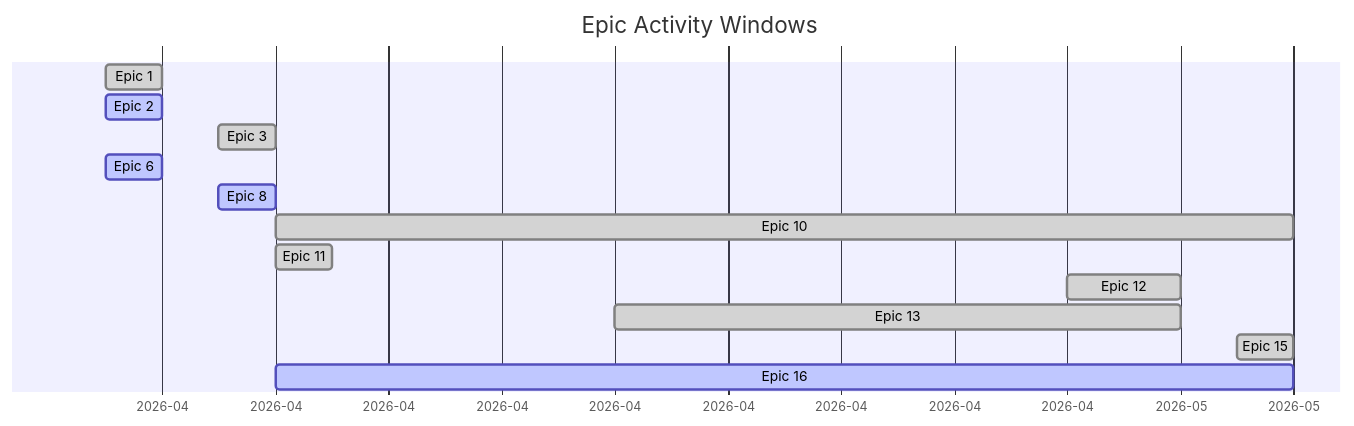
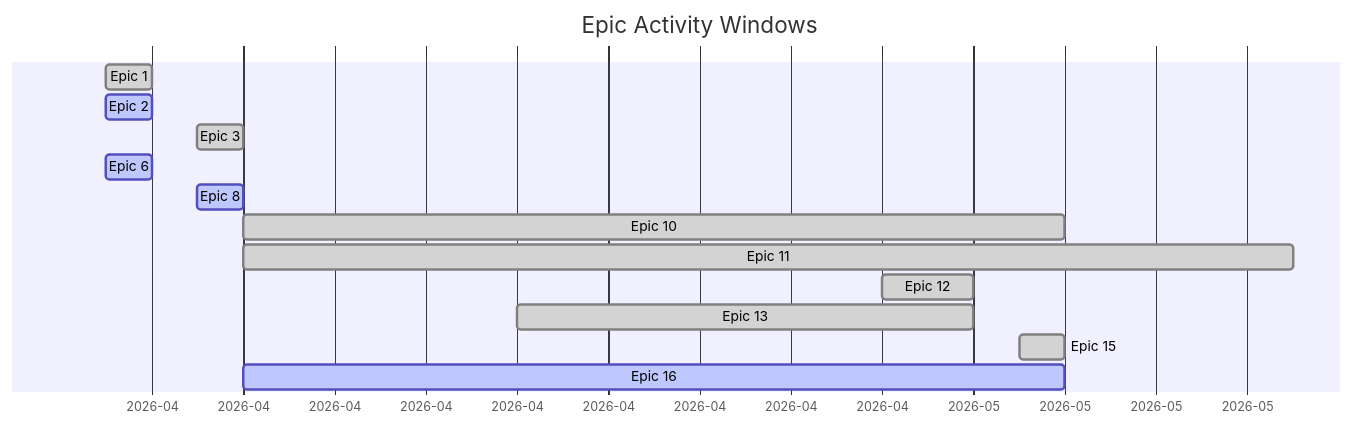
The diagram in docs/PROGRESS.md (wegofwd2020-hub/StudyBuddy_OnDemand), drawn with Mermaid before and after one commit. The commit also changed other lines of this file, not shown here.

````diff
--- a/docs/PROGRESS.md
+++ b/docs/PROGRESS.md
@@ -9,17 +9,17 @@
 ```mermaid
 gantt
     title Epic Activity Windows
     dateFormat YYYY-MM-DD
     axisFormat %Y-%m
     Epic 1  :done, e1, 2026-04-12, 2026-04-13
     Epic 2  :active, e2, 2026-04-12, 2026-04-13
     Epic 3  :done, e3, 2026-04-14, 2026-04-15
     Epic 6  :active, e6, 2026-04-12, 2026-04-13
     Epic 8  :active, e8, 2026-04-14, 2026-04-15
     Epic 10 :done, e10, 2026-04-15, 2026-05-03
-    Epic 11 :done, e11, 2026-04-15, 2026-04-16
+    Epic 11 :done, e11, 2026-04-15, 2026-05-08
     Epic 12 :done, e12, 2026-04-29, 2026-05-01
     Epic 13 :done, e13, 2026-04-21, 2026-05-01
     Epic 15 :done, e15, 2026-05-02, 2026-05-03
     Epic 16 :active, e16, 2026-04-15, 2026-05-03
 ```
````
